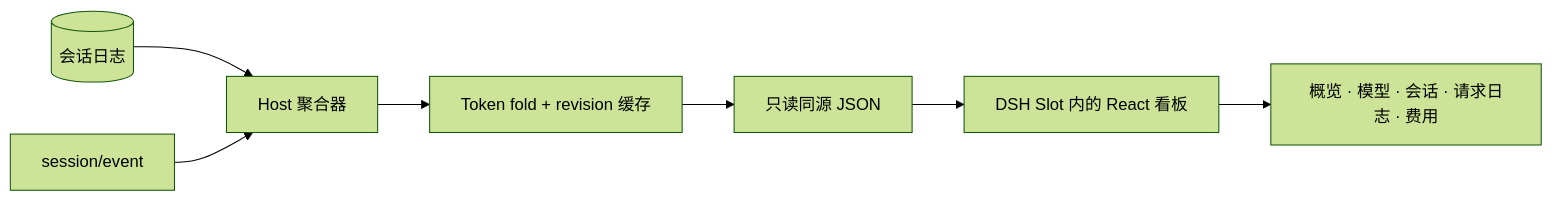
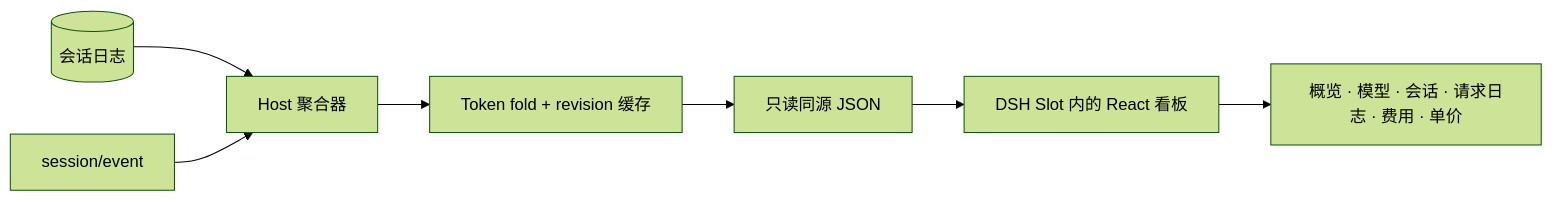
The diagram in README.md (shi-YangYang/dsh-token-dashboard), drawn with Mermaid (forest theme) before and after one commit. The commit also changed other lines of this file and 15 other files, not shown here.

````diff
--- a/README.md
+++ b/README.md
@@ -99,9 +100,9 @@
 ```mermaid
 flowchart LR
   Logs[(会话日志)] --> Host[Host 聚合器]
   Live[session/event] --> Host
   Host --> Fold[Token fold + revision 缓存]
   Fold --> Routes[只读同源 JSON]
   Routes --> Client[DSH Slot 内的 React 看板]
-  Client --> Views[概览 · 模型 · 会话 · 请求日志 · 费用]
+  Client --> Views[概览 · 模型 · 会话 · 请求日志 · 费用 · 单价]
 ```
````
